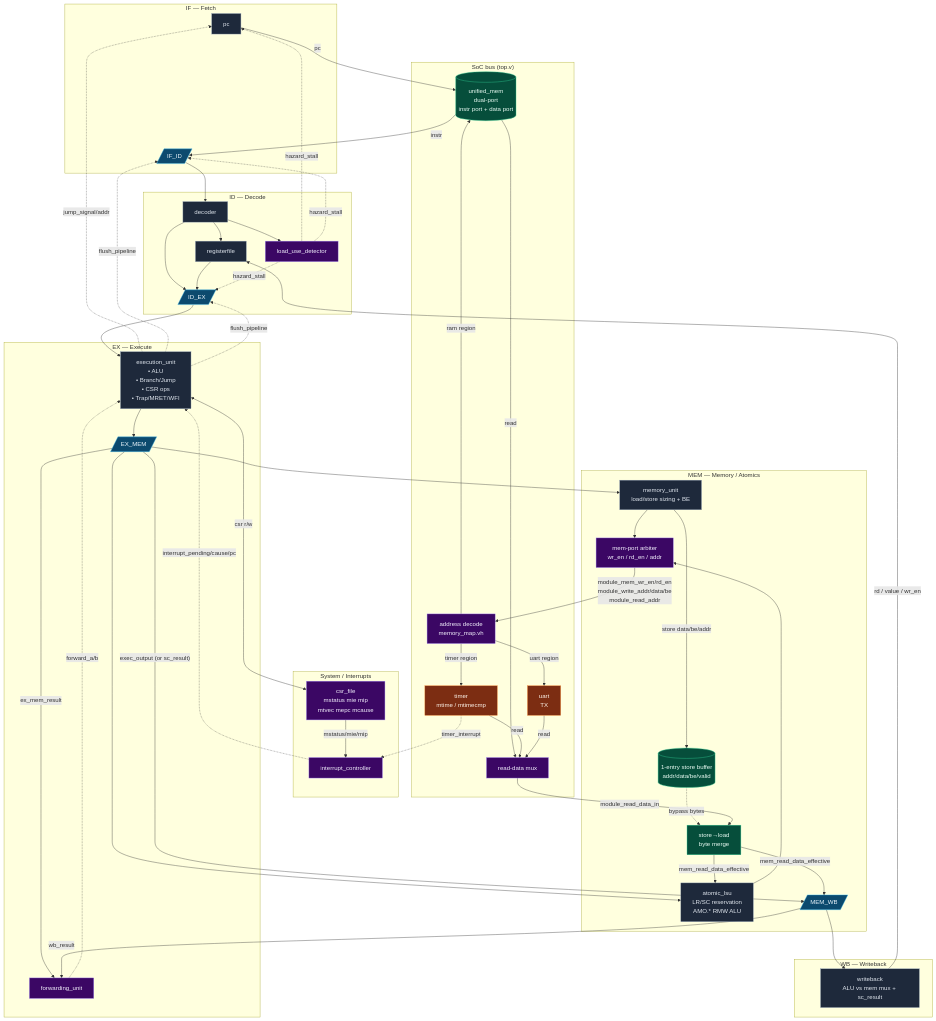
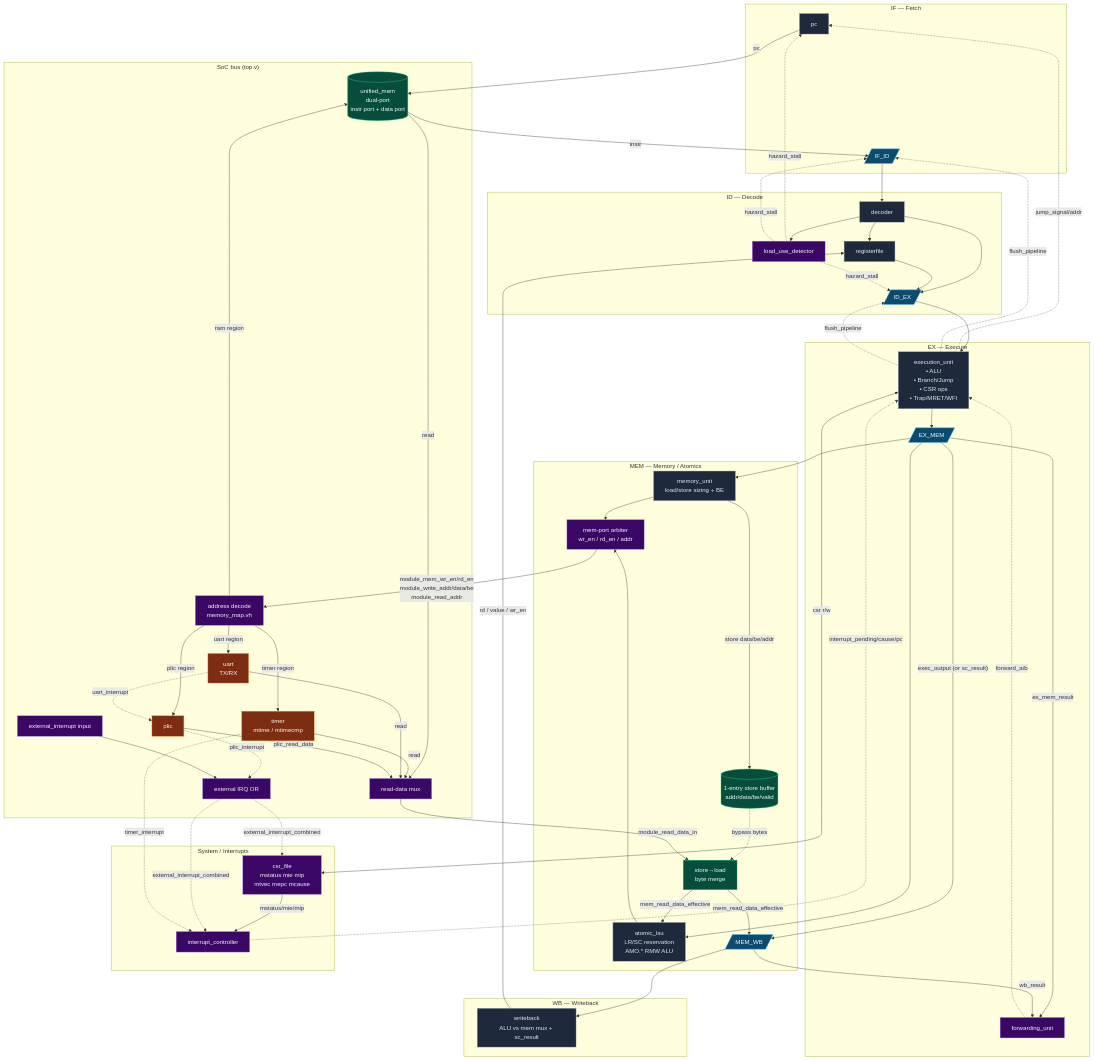
The first of 3 diagrams in docs/architecture.md (SRA-VJTI/synapse32), drawn with Mermaid before and after one commit. The commit also changed other lines of this file and 53 other files, not shown here.

````diff
--- a/docs/architecture.md
+++ b/docs/architecture.md
@@ -60,7 +60,10 @@
         RMUX[read-data mux]:::ctrl
         UMEM[(unified_mem\ndual-port\ninstr port + data port)]:::mem
         TIMER[timer\nmtime / mtimecmp]:::mmio
-        UART[uart\nTX]:::mmio
+        UART[uart\nTX/RX]:::mmio
+        PLIC[plic]:::mmio
+        IRQ_OR[external IRQ OR]:::ctrl
+        EXT_IRQ[external_interrupt input]:::ctrl
     end
 
     %% --- IF flow ---
@@ -111,8 +114,15 @@
     DECMAP -- ram region  --> UMEM
     DECMAP -- timer region --> TIMER
     DECMAP -- uart region --> UART
+    DECMAP -- plic region --> PLIC
     UMEM  -- read --> RMUX
     TIMER -- read --> RMUX
     UART  -- read --> RMUX
+    PLIC  -- plic_read_data --> RMUX
+    UART -. uart_interrupt .-> PLIC
+    PLIC -. plic_interrupt .-> IRQ_OR
+    EXT_IRQ --> IRQ_OR
+    IRQ_OR -. external_interrupt_combined .-> INTC
+    IRQ_OR -. external_interrupt_combined .-> CSR
     TIMER -. timer_interrupt .-> INTC
 ```
````
